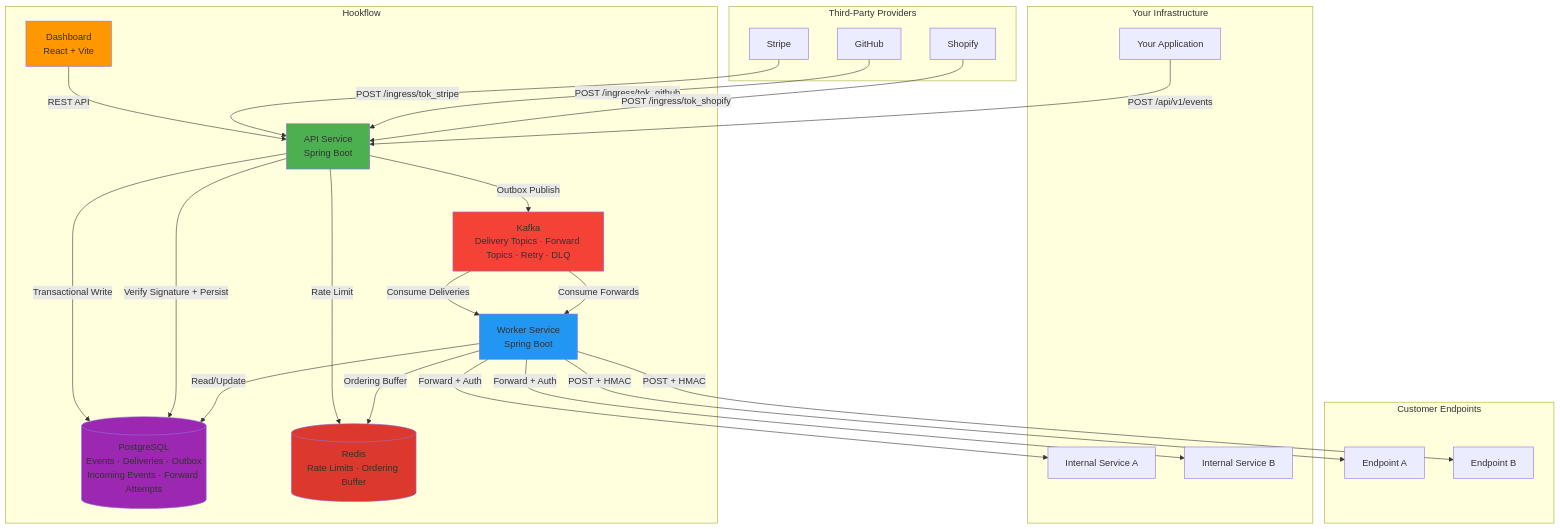
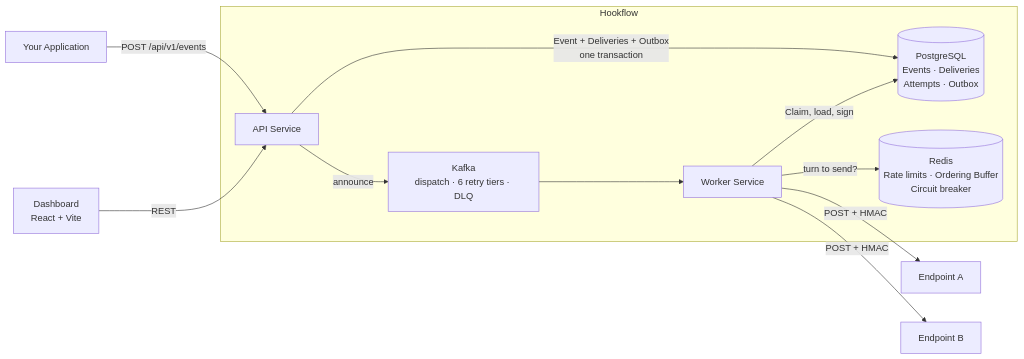
One commit to vadymkykalo/webhook-platform changed the first of 14 diagrams in docs/ARCHITECTURE.md. Above: the diagram before and after it, drawn with Mermaid. The commit also changed other lines of this file and 1 other file, not shown here.

````diff
--- a/docs/ARCHITECTURE.md
+++ b/docs/ARCHITECTURE.md
@@ -8,55 +38,26 @@
 ```mermaid
-graph TB
-    subgraph "Third-Party Providers"
-        Stripe[Stripe]
-        GitHub[GitHub]
-        Shopify[Shopify]
+graph LR
+    App["Your Application"]
+    UI["Dashboard<br/>React + Vite"]
+
+    subgraph Hookflow
+        API["API Service"]
+        DB[("PostgreSQL<br/>Events · Deliveries<br/>Attempts · Outbox")]
+        Kafka["Kafka<br/>dispatch · 6 retry tiers · DLQ"]
+        Redis[("Redis<br/>Rate limits · Ordering Buffer<br/>Circuit breaker")]
+        Worker["Worker Service"]
     end
 
-    subgraph "Your Infrastructure"
-        App[Your Application]
-        Svc1[Internal Service A]
-        Svc2[Internal Service B]
-    end
-    
-    subgraph "Hookflow"
-        UI[Dashboard<br/>React + Vite]
-        API[API Service<br/>Spring Boot]
-        DB[(PostgreSQL<br/>Events · Deliveries · Outbox<br/>Incoming Events · Forward Attempts)]
-        Redis[(Redis<br/>Rate Limits · Ordering Buffer)]
-        Kafka[Kafka<br/>Delivery Topics · Forward Topics · Retry · DLQ]
-        Worker[Worker Service<br/>Spring Boot]
-    end
-    
-    subgraph "Customer Endpoints"
-        EP1[Endpoint A]
-        EP2[Endpoint B]
-    end
-    
-    App -->|POST /api/v1/events| API
-    UI  -->|REST API| API
-    API -->|Transactional Write| DB
-    API -->|Outbox Publish| Kafka
-    Kafka -->|Consume Deliveries| Worker
-    Worker -->|POST + HMAC| EP1
-    Worker -->|POST + HMAC| EP2
-    
-    Stripe -->|POST /ingress/tok_stripe| API
-    GitHub -->|POST /ingress/tok_github| API
-    Shopify -->|POST /ingress/tok_shopify| API
-    API -->|Verify Signature + Persist| DB
-    Kafka -->|Consume Forwards| Worker
-    Worker -->|Forward + Auth| Svc1
-    Worker -->|Forward + Auth| Svc2
-    
-    API -->|Rate Limit| Redis
-    Worker -->|Read/Update| DB
-    Worker -->|Ordering Buffer| Redis
-    
-    style API fill:#4CAF50
-    style Worker fill:#2196F3
-    style UI fill:#FF9800
-    style DB fill:#9C27B0
-    style Kafka fill:#F44336
-    style Redis fill:#DC382D
+    EP1["Endpoint A"]
+    EP2["Endpoint B"]
+
+    App -->|"POST /api/v1/events"| API
+    UI  -->|"REST"| API
+    API -->|"Event + Deliveries + Outbox<br/>one transaction"| DB
+    API -->|"announce"| Kafka
+    Kafka --> Worker
+    Worker -->|"Claim, load, sign"| DB
+    Worker -->|"turn to send?"| Redis
+    Worker -->|"POST + HMAC"| EP1
+    Worker -->|"POST + HMAC"| EP2
 ```
````
